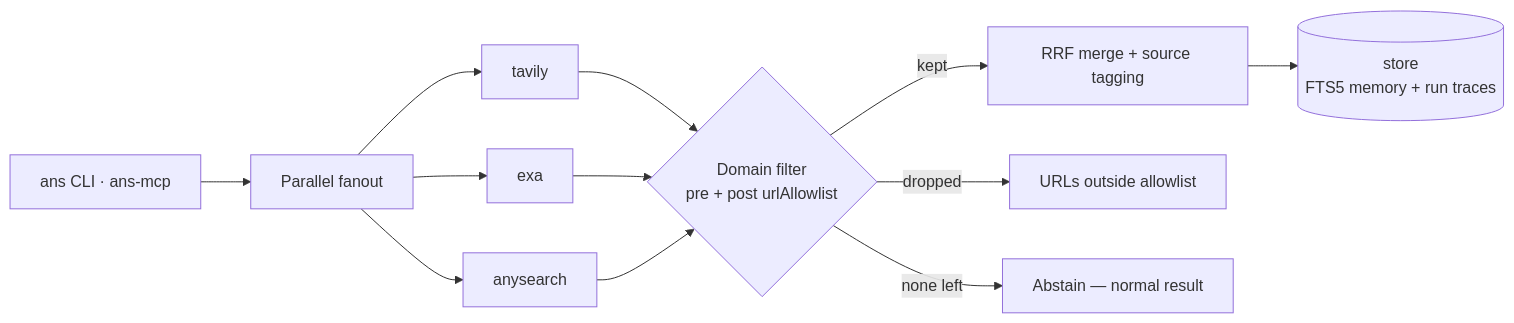
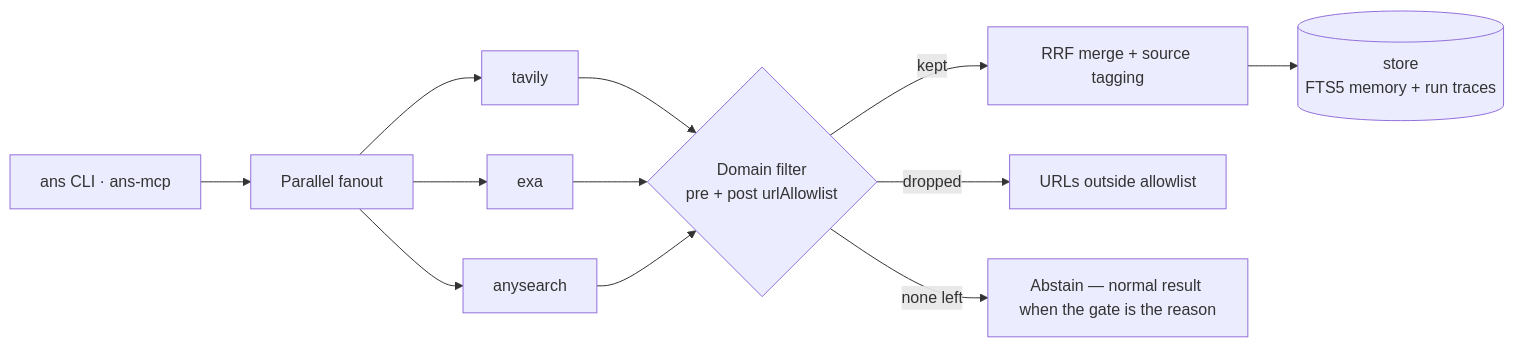
One commit to Xxx91n/anysearch-cli changed the diagram in README.md. Above: the diagram before and after it, drawn with Mermaid. The commit also changed other lines of this file and 41 other files, not shown here.

````diff
--- a/README.md
+++ b/README.md
@@ -221,12 +222,12 @@
 ```mermaid
 flowchart LR
     U["ans CLI · ans-mcp"] --> Q["Parallel fanout"]
     Q --> T["tavily"]
     Q --> E["exa"]
     Q --> A["anysearch"]
     T & E & A --> G{"Domain filter<br/>pre + post urlAllowlist"}
     G -->|"kept"| F["RRF merge + source tagging"]
     G -->|"dropped"| X["URLs outside allowlist"]
-    G -->|"none left"| Z["Abstain — normal result"]
+    G -->|"none left"| Z["Abstain — normal result when the gate is the reason"]
     F --> S[("store<br/>FTS5 memory + run traces")]
 ```
````
